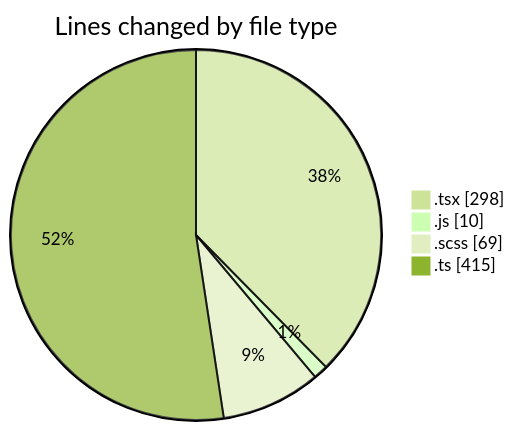
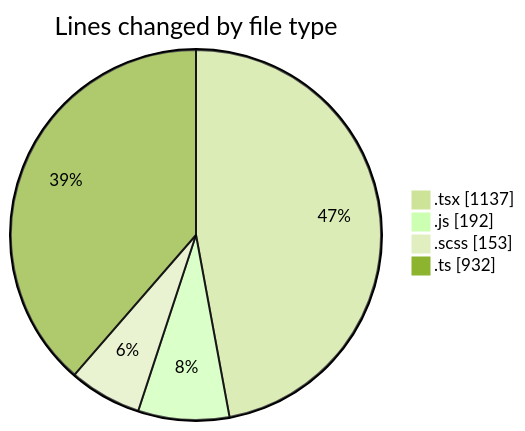
Before and after one commit to momahboobian/code-tracking: the first of 2 diagrams in 2026-08-25/cda/README.md, drawn with Mermaid (forest theme). The commit also changed other lines of this file and 1 other file, not shown here.

````diff
--- a/2026-08-25/cda/README.md
+++ b/2026-08-25/cda/README.md
@@ -34,8 +43,8 @@
 ```mermaid
 pie showData
 title Lines changed by file type
-".tsx" : 298
-".js" : 10
-".scss" : 69
-".ts" : 415
+".tsx" : 1137
+".js" : 192
+".scss" : 153
+".ts" : 932
 ```
````
